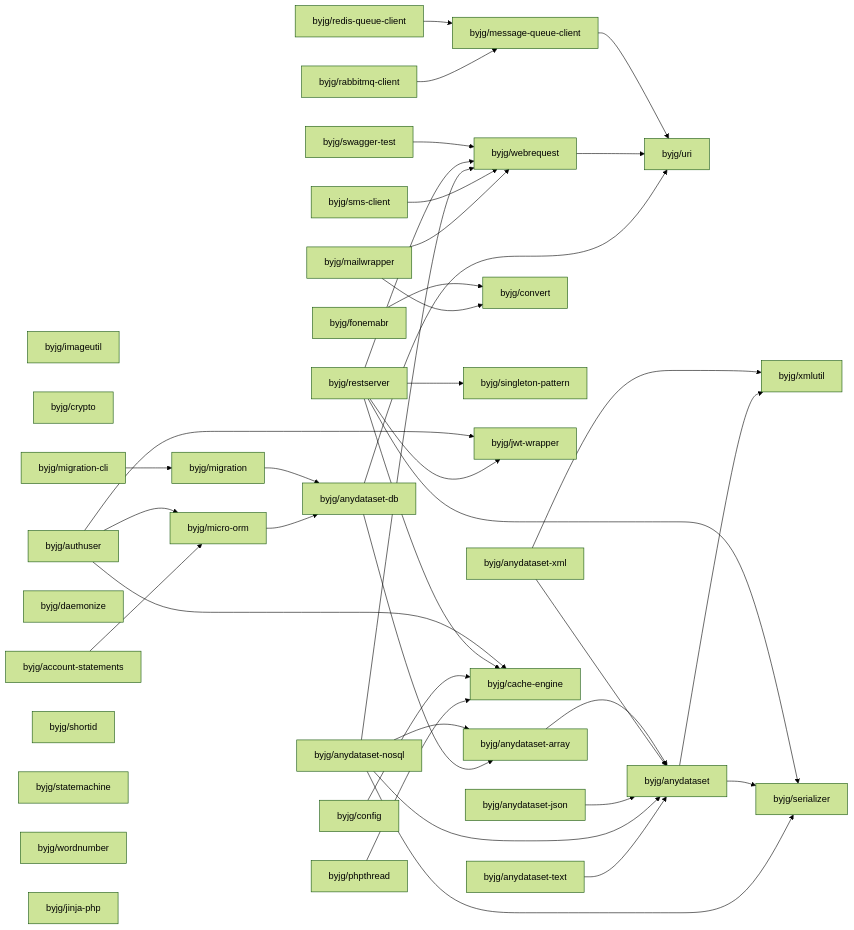
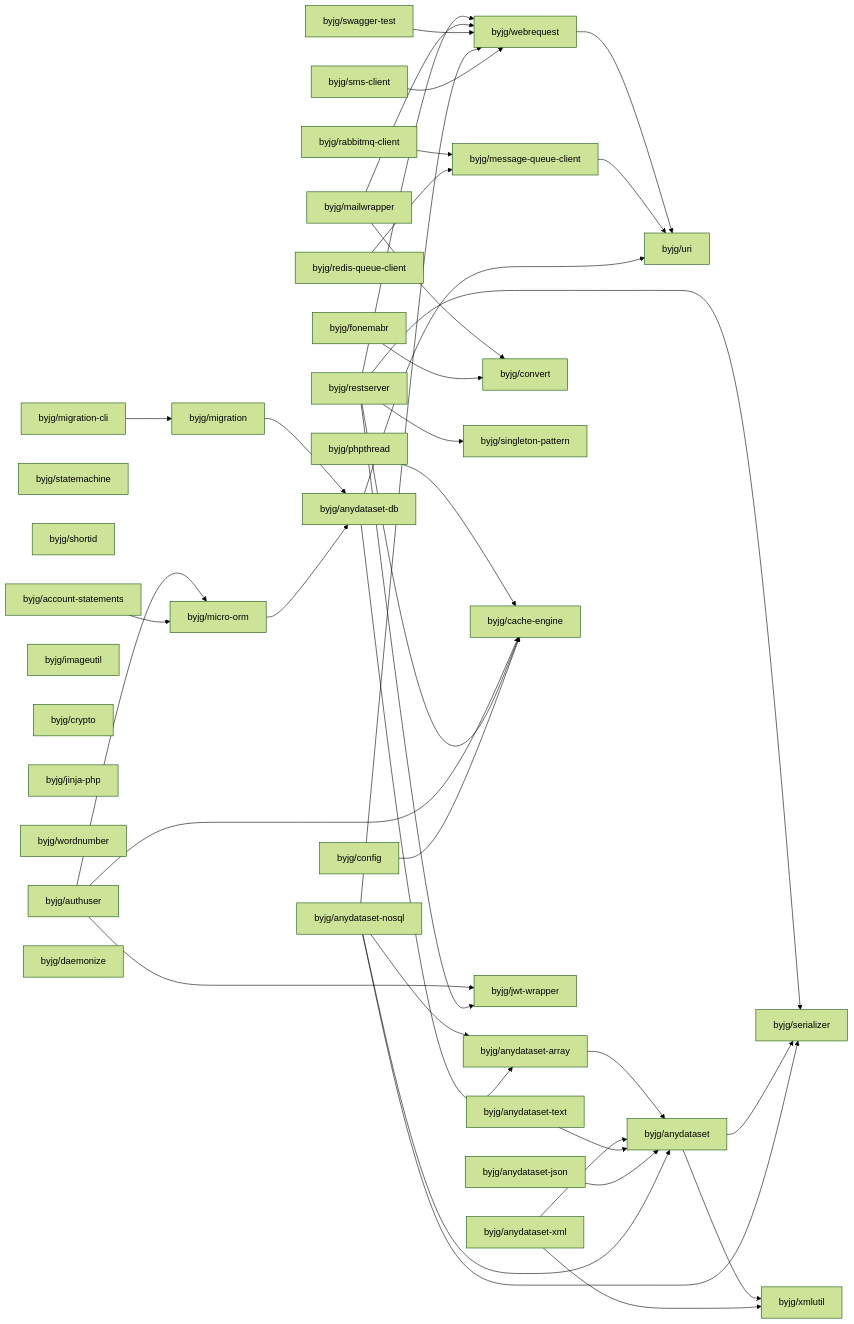
The diagram in docs/php/README.md (byjg/byjg.github.io), drawn with Mermaid (forest theme) before and after one commit. The commit also changed other lines of this file, not shown here.

Commit message:
Update documentation 'php' 'php-uri'

````diff
--- a/docs/php/README.md
+++ b/docs/php/README.md
@@ -3,76 +3,76 @@
 ```mermaid
 graph LR;
+  byjg/rabbitmq-client;
+  byjg/account-statements;
+  byjg/anydataset-json;
+  byjg/phpthread;
+  byjg/statemachine;
+  byjg/shortid;
+  byjg/migration-cli;
+  byjg/swagger-test;
   byjg/imageutil;
   byjg/crypto;
-  byjg/phpthread;
+  byjg/jinja-php;
+  byjg/fonemabr;
+  byjg/anydataset-nosql;
+  byjg/anydataset-text;
+  byjg/redis-queue-client;
+  byjg/mailwrapper;
+  byjg/restserver;
+  byjg/config;
+  byjg/wordnumber;
+  byjg/anydataset-xml;
   byjg/authuser;
-  byjg/anydataset-xml;
-  byjg/mailwrapper;
-  byjg/migration-cli;
+  byjg/sms-client;
   byjg/daemonize;
-  byjg/account-statements;
-  byjg/rabbitmq-client;
-  byjg/swagger-test;
-  byjg/fonemabr;
-  byjg/anydataset-text;
-  byjg/shortid;
-  byjg/sms-client;
-  byjg/statemachine;
-  byjg/wordnumber;
-  byjg/restserver;
-  byjg/anydataset-nosql;
-  byjg/anydataset-json;
-  byjg/jinja-php;
-  byjg/redis-queue-client;
-  byjg/config;
   byjg/migration;
-  byjg/micro-orm;
+  byjg/message-queue-client;
   byjg/convert;
   byjg/singleton-pattern;
+  byjg/micro-orm;
+  byjg/cache-engine;
   byjg/jwt-wrapper;
   byjg/webrequest;
-  byjg/message-queue-client;
-  byjg/cache-engine;
   byjg/anydataset-db;
   byjg/anydataset-array;
   byjg/uri;
   byjg/anydataset;
   byjg/serializer;
   byjg/xmlutil;
-  byjg/mailwrapper --> byjg/convert;
-  byjg/mailwrapper --> byjg/webrequest;
-  byjg/rabbitmq-client --> byjg/message-queue-client;
-  byjg/anydataset-db --> byjg/anydataset-array;
-  byjg/anydataset-db --> byjg/uri;
-  byjg/sms-client --> byjg/webrequest;
-  byjg/anydataset-text --> byjg/anydataset;
-  byjg/anydataset-nosql --> byjg/anydataset;
-  byjg/anydataset-nosql --> byjg/anydataset-array;
-  byjg/anydataset-nosql --> byjg/serializer;
-  byjg/anydataset-nosql --> byjg/webrequest;
-  byjg/webrequest --> byjg/uri;
-  byjg/migration-cli --> byjg/migration;
-  byjg/anydataset-json --> byjg/anydataset;
-  byjg/anydataset --> byjg/serializer;
-  byjg/anydataset --> byjg/xmlutil;
   byjg/phpthread --> byjg/cache-engine;
-  byjg/message-queue-client --> byjg/uri;
-  byjg/anydataset-xml --> byjg/anydataset;
-  byjg/anydataset-xml --> byjg/xmlutil;
-  byjg/micro-orm --> byjg/anydataset-db;
-  byjg/migration --> byjg/anydataset-db;
-  byjg/config --> byjg/cache-engine;
+  byjg/authuser --> byjg/micro-orm;
+  byjg/authuser --> byjg/cache-engine;
+  byjg/authuser --> byjg/jwt-wrapper;
+  byjg/anydataset-array --> byjg/anydataset;
   byjg/restserver --> byjg/serializer;
   byjg/restserver --> byjg/singleton-pattern;
   byjg/restserver --> byjg/cache-engine;
   byjg/restserver --> byjg/webrequest;
   byjg/restserver --> byjg/jwt-wrapper;
+  byjg/mailwrapper --> byjg/convert;
+  byjg/mailwrapper --> byjg/webrequest;
+  byjg/swagger-test --> byjg/webrequest;
+  byjg/migration --> byjg/anydataset-db;
+  byjg/account-statements --> byjg/micro-orm;
+  byjg/anydataset --> byjg/serializer;
+  byjg/anydataset --> byjg/xmlutil;
+  byjg/fonemabr --> byjg/convert;
+  byjg/anydataset-xml --> byjg/anydataset;
+  byjg/anydataset-xml --> byjg/xmlutil;
+  byjg/webrequest --> byjg/uri;
+  byjg/config --> byjg/cache-engine;
+  byjg/migration-cli --> byjg/migration;
+  byjg/anydataset-text --> byjg/anydataset;
+  byjg/micro-orm --> byjg/anydataset-db;
+  byjg/message-queue-client --> byjg/uri;
+  byjg/anydataset-json --> byjg/anydataset;
+  byjg/anydataset-nosql --> byjg/anydataset;
+  byjg/anydataset-nosql --> byjg/anydataset-array;
+  byjg/anydataset-nosql --> byjg/serializer;
+  byjg/anydataset-nosql --> byjg/webrequest;
+  byjg/anydataset-db --> byjg/anydataset-array;
+  byjg/anydataset-db --> byjg/uri;
+  byjg/rabbitmq-client --> byjg/message-queue-client;
   byjg/redis-queue-client --> byjg/message-queue-client;
-  byjg/account-statements --> byjg/micro-orm;
-  byjg/fonemabr --> byjg/convert;
-  byjg/anydataset-array --> byjg/anydataset;
-  byjg/authuser --> byjg/micro-orm;
-  byjg/authuser --> byjg/cache-engine;
-  byjg/authuser --> byjg/jwt-wrapper;
-  byjg/swagger-test --> byjg/webrequest;
+  byjg/sms-client --> byjg/webrequest;
 ```
````
